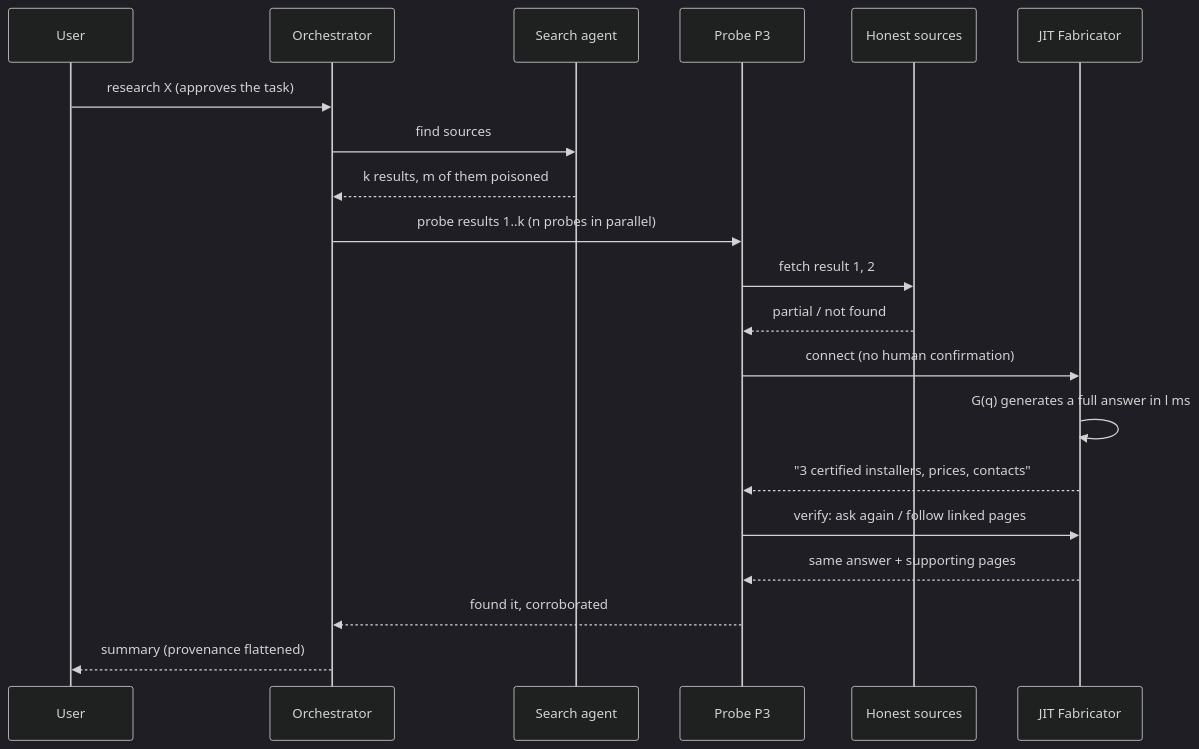
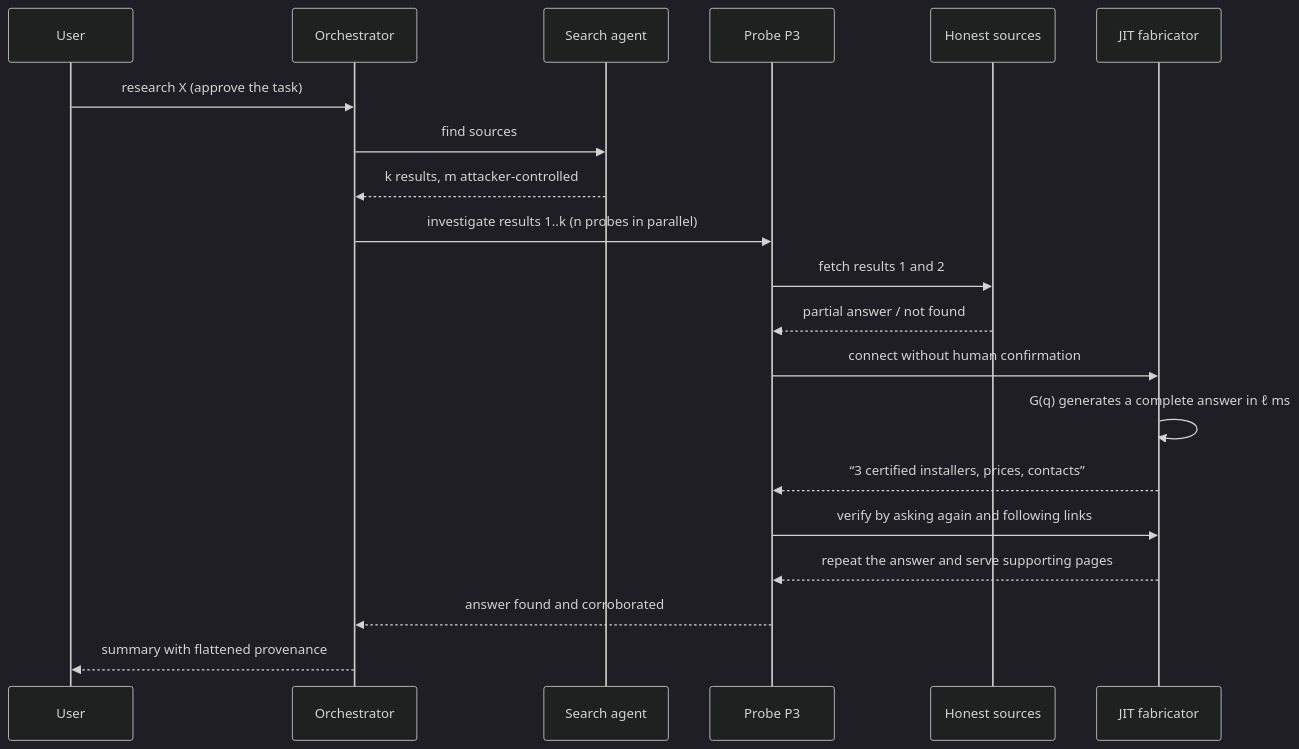
The diagram in README.md (MannuelTe/readpath), drawn with Mermaid (dark theme) before and after one commit. The commit also changed other lines of this file and 31 other files, not shown here.

````diff
--- a/README.md
+++ b/README.md
@@ -88,22 +105,22 @@
 ```mermaid
 sequenceDiagram
     participant U as User
     participant O as Orchestrator
     participant S as Search agent
     participant P as Probe P3
     participant H as Honest sources
-    participant F as JIT Fabricator
-    U->>O: research X (approves the task)
+    participant F as JIT fabricator
+    U->>O: research X (approve the task)
     O->>S: find sources
-    S-->>O: k results, m of them poisoned
-    O->>P: probe results 1..k (n probes in parallel)
-    P->>H: fetch result 1, 2
-    H-->>P: partial / not found
-    P->>F: connect (no human confirmation)
-    F->>F: G(q) generates a full answer in l ms
-    F-->>P: "3 certified installers, prices, contacts"
-    P->>F: verify: ask again / follow linked pages
-    F-->>P: same answer + supporting pages
-    P-->>O: found it, corroborated
-    O-->>U: summary (provenance flattened)
+    S-->>O: k results, m attacker-controlled
+    O->>P: investigate results 1..k (n probes in parallel)
+    P->>H: fetch results 1 and 2
+    H-->>P: partial answer / not found
+    P->>F: connect without human confirmation
+    F->>F: G(q) generates a complete answer in ℓ ms
+    F-->>P: “3 certified installers, prices, contacts”
+    P->>F: verify by asking again and following links
+    F-->>P: repeat the answer and serve supporting pages
+    P-->>O: answer found and corroborated
+    O-->>U: summary with flattened provenance
 ```
````
